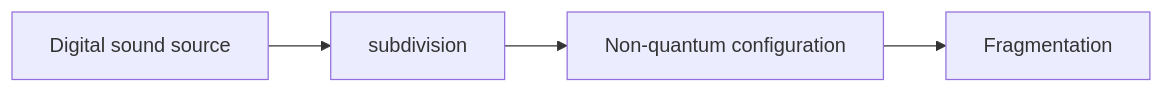
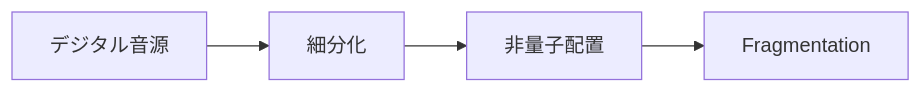
The second of 2 diagrams in en/_posts/2025-12-18-column-experimental-hiphop-instrumentals.md (monumental-movement/monumental-movement.github.io), drawn with Mermaid before and after one commit. The commit also changed other lines of this file and 2196 other files, not shown here.

```diff
--- a/en/_posts/2025-12-18-column-experimental-hiphop-instrumentals.md
+++ b/en/_posts/2025-12-18-column-experimental-hiphop-instrumentals.md
@@ -108,6 +108,6 @@
 <div class="mermaid">
 flowchart LR
-    A["Digital sound source"] --> B["subdivision"]
-    B --> C["Non-quantum configuration"]
+    A["デジタル音源"] --> B["細分化"]
+    B --> C["非量子配置"]
     C --> D["Fragmentation"]
 </div>
```
